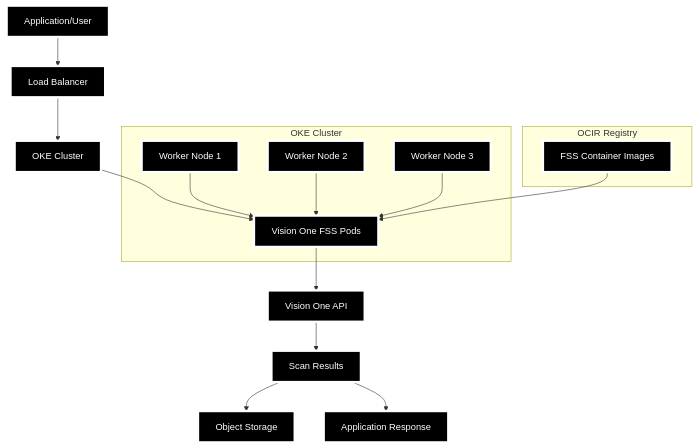
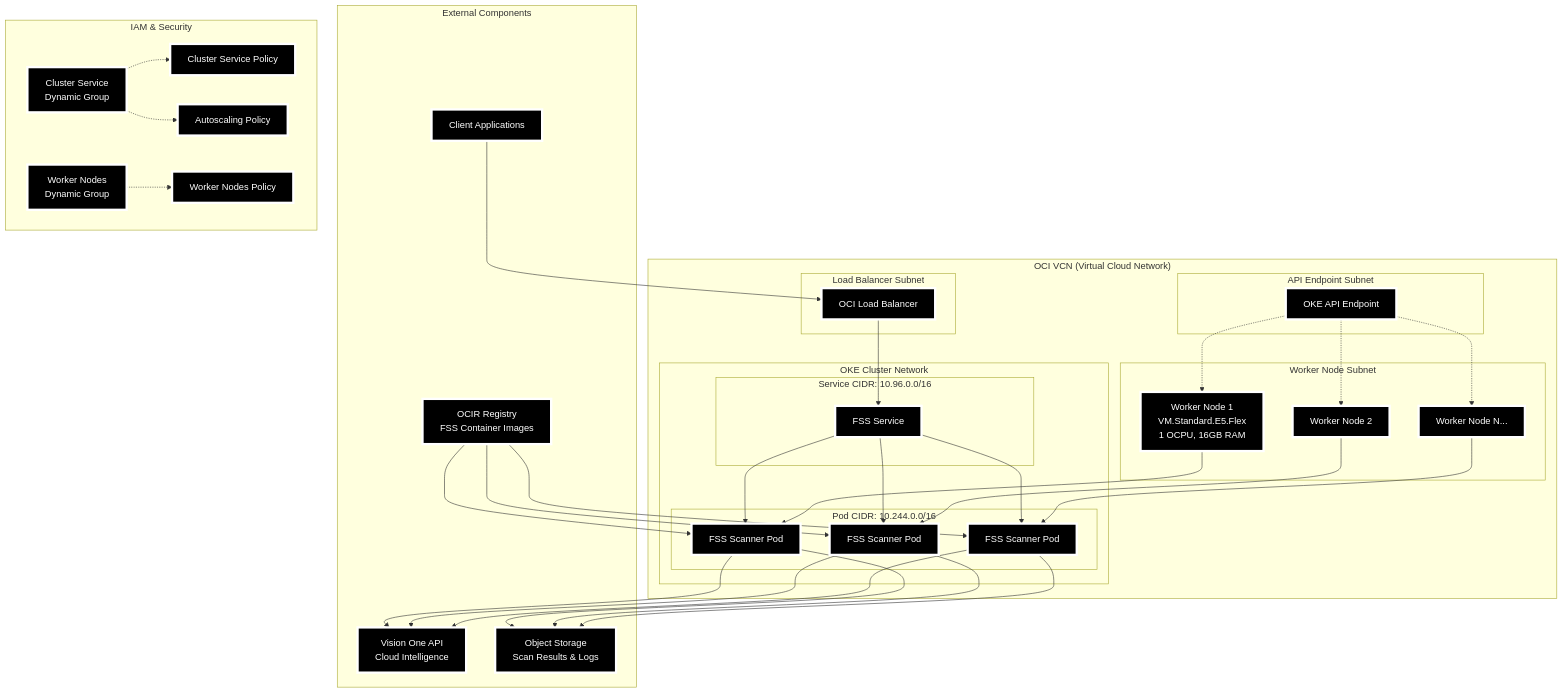
One commit to uragupathy-trend/v1-fss-oke-scanengine changed the diagram in README.md. Above: the diagram before and after it, drawn with Mermaid. The commit also changed other lines of this file, not shown here.

````diff
--- a/README.md
+++ b/README.md
@@ -7,38 +7,94 @@
 ```mermaid
 flowchart TB
-    A[Application/User] --> B[Load Balancer]
-    B --> C[OKE Cluster]
-    C --> D[Vision One FSS Pods]
-    D --> E[Vision One API]
-    E --> F[Scan Results]
-    F --> G[Object Storage]
-    F --> H[Application Response]
-    
-    subgraph OKE["OKE Cluster"]
-        C1[Worker Node 1]
-        C2[Worker Node 2]
-        C3[Worker Node 3]
-        C1 --> D
-        C2 --> D
-        C3 --> D
+    subgraph VCN["OCI VCN (Virtual Cloud Network)"]
+        subgraph APISubnet["API Endpoint Subnet"]
+            API[OKE API Endpoint]
+        end
+        
+        subgraph WorkerSubnet["Worker Node Subnet"]
+            WN1[Worker Node 1<br/>VM.Standard.E5.Flex<br/>1 OCPU, 16GB RAM]
+            WN2[Worker Node 2]
+            WN3[Worker Node N...]
+        end
+        
+        subgraph LBSubnet["Load Balancer Subnet"]
+            LB[OCI Load Balancer]
+        end
+        
+        subgraph ClusterNetwork["OKE Cluster Network"]
+            subgraph PodCIDR["Pod CIDR: 10.244.0.0/16"]
+                FSS1[FSS Scanner Pod]
+                FSS2[FSS Scanner Pod]
+                FSS3[FSS Scanner Pod]
+            end
+            
+            subgraph ServiceCIDR["Service CIDR: 10.96.0.0/16"]
+                FSSSVC[FSS Service]
+            end
+        end
     end
     
-    subgraph Registry["OCIR Registry"]
-        I[FSS Container Images]
+    subgraph External["External Components"]
+        USER[Client Applications]
+        V1API[Vision One API<br/>Cloud Intelligence]
+        OCIR[OCIR Registry<br/>FSS Container Images]
+        ObjStore[Object Storage<br/>Scan Results & Logs]
     end
     
-    I --> D
+    subgraph IAM["IAM & Security"]
+        DG1[Cluster Service<br/>Dynamic Group]
+        DG2[Worker Nodes<br/>Dynamic Group]
+        POL1[Cluster Service Policy]
+        POL2[Worker Nodes Policy]
+        POL3[Autoscaling Policy]
+    end
     
-    style A fill:#000000,stroke:#ffffff,stroke-width:4px,color:#ffffff
-    style B fill:#000000,stroke:#ffffff,stroke-width:4px,color:#ffffff
-    style C fill:#000000,stroke:#ffffff,stroke-width:4px,color:#ffffff
-    style D fill:#000000,stroke:#ffffff,stroke-width:4px,color:#ffffff
-    style E fill:#000000,stroke:#ffffff,stroke-width:4px,color:#ffffff
-    style F fill:#000000,stroke:#ffffff,stroke-width:4px,color:#ffffff
-    style G fill:#000000,stroke:#ffffff,stroke-width:4px,color:#ffffff
-    style H fill:#000000,stroke:#ffffff,stroke-width:4px,color:#ffffff
-    style C1 fill:#000000,stroke:#ffffff,stroke-width:4px,color:#ffffff
-    style C2 fill:#000000,stroke:#ffffff,stroke-width:4px,color:#ffffff
-    style C3 fill:#000000,stroke:#ffffff,stroke-width:4px,color:#ffffff
-    style I fill:#000000,stroke:#ffffff,stroke-width:4px,color:#ffffff
+    USER --> LB
+    LB --> FSSSVC
+    FSSSVC --> FSS1
+    FSSSVC --> FSS2
+    FSSSVC --> FSS3
+    
+    FSS1 --> V1API
+    FSS2 --> V1API
+    FSS3 --> V1API
+    
+    OCIR --> FSS1
+    OCIR --> FSS2
+    OCIR --> FSS3
+    
+    FSS1 --> ObjStore
+    FSS2 --> ObjStore
+    FSS3 --> ObjStore
+    
+    WN1 --> FSS1
+    WN2 --> FSS2
+    WN3 --> FSS3
+    
+    API -.-> WN1
+    API -.-> WN2
+    API -.-> WN3
+    
+    DG1 -.-> POL1
+    DG2 -.-> POL2
+    DG1 -.-> POL3
+    
+    style USER fill:#000000,stroke:#ffffff,stroke-width:4px,color:#ffffff
+    style LB fill:#000000,stroke:#ffffff,stroke-width:4px,color:#ffffff
+    style API fill:#000000,stroke:#ffffff,stroke-width:4px,color:#ffffff
+    style WN1 fill:#000000,stroke:#ffffff,stroke-width:4px,color:#ffffff
+    style WN2 fill:#000000,stroke:#ffffff,stroke-width:4px,color:#ffffff
+    style WN3 fill:#000000,stroke:#ffffff,stroke-width:4px,color:#ffffff
+    style FSS1 fill:#000000,stroke:#ffffff,stroke-width:4px,color:#ffffff
+    style FSS2 fill:#000000,stroke:#ffffff,stroke-width:4px,color:#ffffff
+    style FSS3 fill:#000000,stroke:#ffffff,stroke-width:4px,color:#ffffff
+    style FSSSVC fill:#000000,stroke:#ffffff,stroke-width:4px,color:#ffffff
+    style V1API fill:#000000,stroke:#ffffff,stroke-width:4px,color:#ffffff
+    style OCIR fill:#000000,stroke:#ffffff,stroke-width:4px,color:#ffffff
+    style ObjStore fill:#000000,stroke:#ffffff,stroke-width:4px,color:#ffffff
+    style DG1 fill:#000000,stroke:#ffffff,stroke-width:4px,color:#ffffff
+    style DG2 fill:#000000,stroke:#ffffff,stroke-width:4px,color:#ffffff
+    style POL1 fill:#000000,stroke:#ffffff,stroke-width:4px,color:#ffffff
+    style POL2 fill:#000000,stroke:#ffffff,stroke-width:4px,color:#ffffff
+    style POL3 fill:#000000,stroke:#ffffff,stroke-width:4px,color:#ffffff
 ```
````
